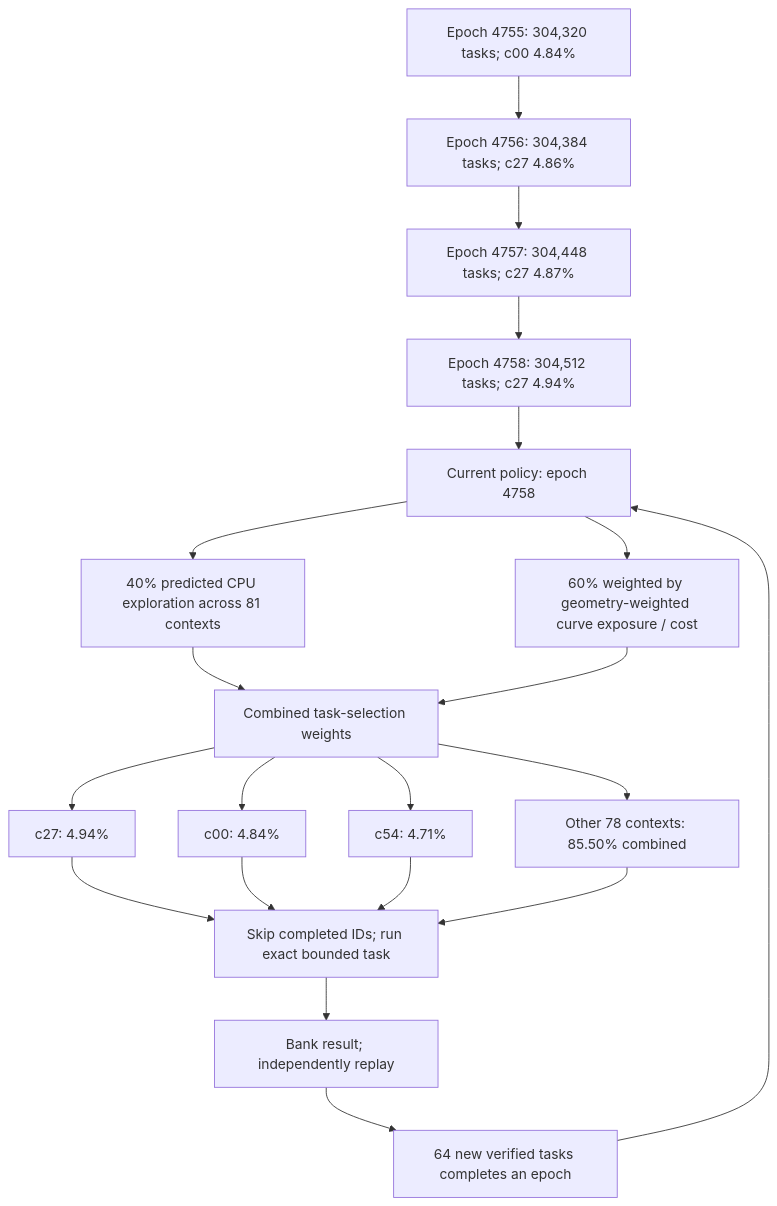
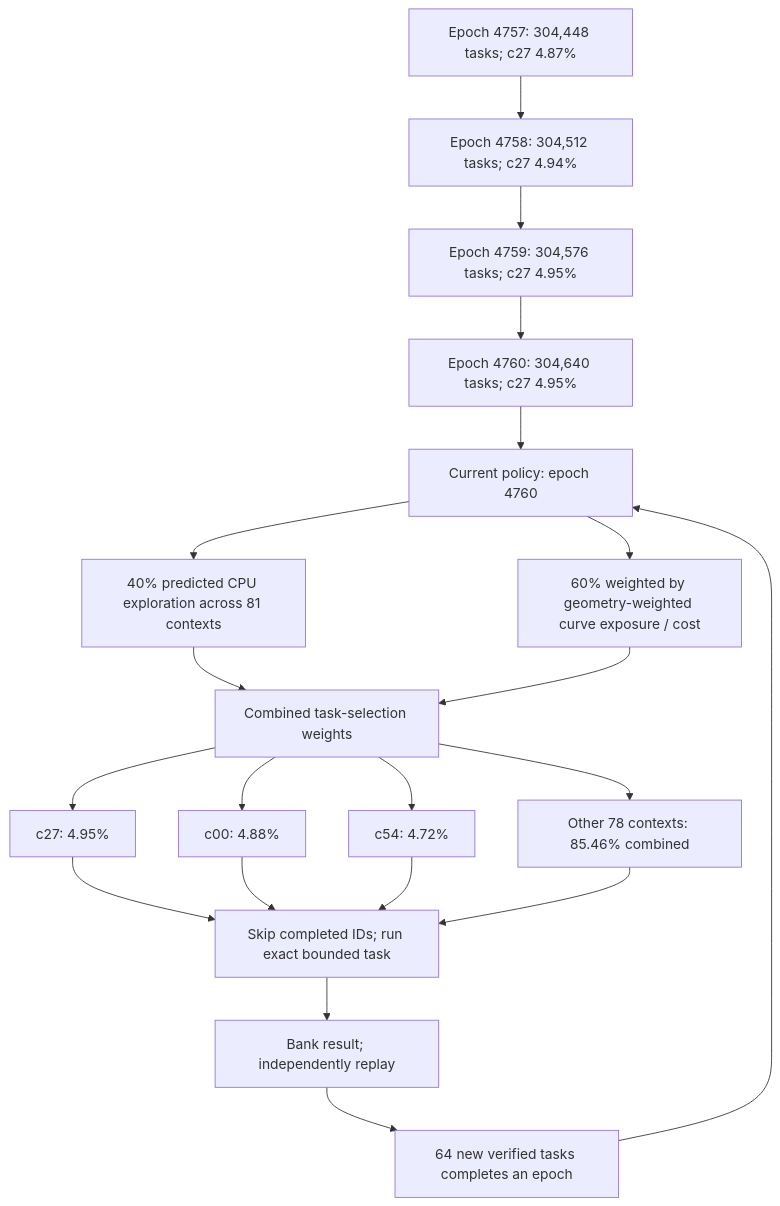
The first of 3 diagrams in README.md (Kuberwastaken/math-gambling), drawn with Mermaid before and after one commit. The commit also changed other lines of this file and 6376 other files, not shown here.

````diff
--- a/README.md
+++ b/README.md
@@ -60,27 +60,27 @@
 ```mermaid
 flowchart TD
-    H0["Epoch 4755: 304,320 tasks; c00 4.84%"]
-    H1["Epoch 4756: 304,384 tasks; c27 4.86%"]
+    H0["Epoch 4757: 304,448 tasks; c27 4.87%"]
+    H1["Epoch 4758: 304,512 tasks; c27 4.94%"]
     H0 --> H1
-    H2["Epoch 4757: 304,448 tasks; c27 4.87%"]
+    H2["Epoch 4759: 304,576 tasks; c27 4.95%"]
     H1 --> H2
-    H3["Epoch 4758: 304,512 tasks; c27 4.94%"]
+    H3["Epoch 4760: 304,640 tasks; c27 4.95%"]
     H2 --> H3
-    Policy["Current policy: epoch 4758"]
+    Policy["Current policy: epoch 4760"]
     H3 --> Policy
     Policy --> Explore["40% predicted CPU exploration across 81 contexts"]
     Policy --> Cost["60% weighted by geometry-weighted curve exposure / cost"]
     Explore --> Mix["Combined task-selection weights"]
     Cost --> Mix
-    Mix --> C0["c27: 4.94%"]
-    Mix --> C1["c00: 4.84%"]
-    Mix --> C2["c54: 4.71%"]
-    Mix --> Rest["Other 78 contexts: 85.50% combined"]
+    Mix --> C0["c27: 4.95%"]
+    Mix --> C1["c00: 4.88%"]
+    Mix --> C2["c54: 4.72%"]
+    Mix --> Rest["Other 78 contexts: 85.46% combined"]
     C0 --> Check["Skip completed IDs; run exact bounded task"]
     C1 --> Check
     C2 --> Check
     Rest --> Check
     Check --> Replay["Bank result; independently replay"]
     Replay --> Gate["64 new verified tasks completes an epoch"]
     Gate --> Policy
 ```
````
